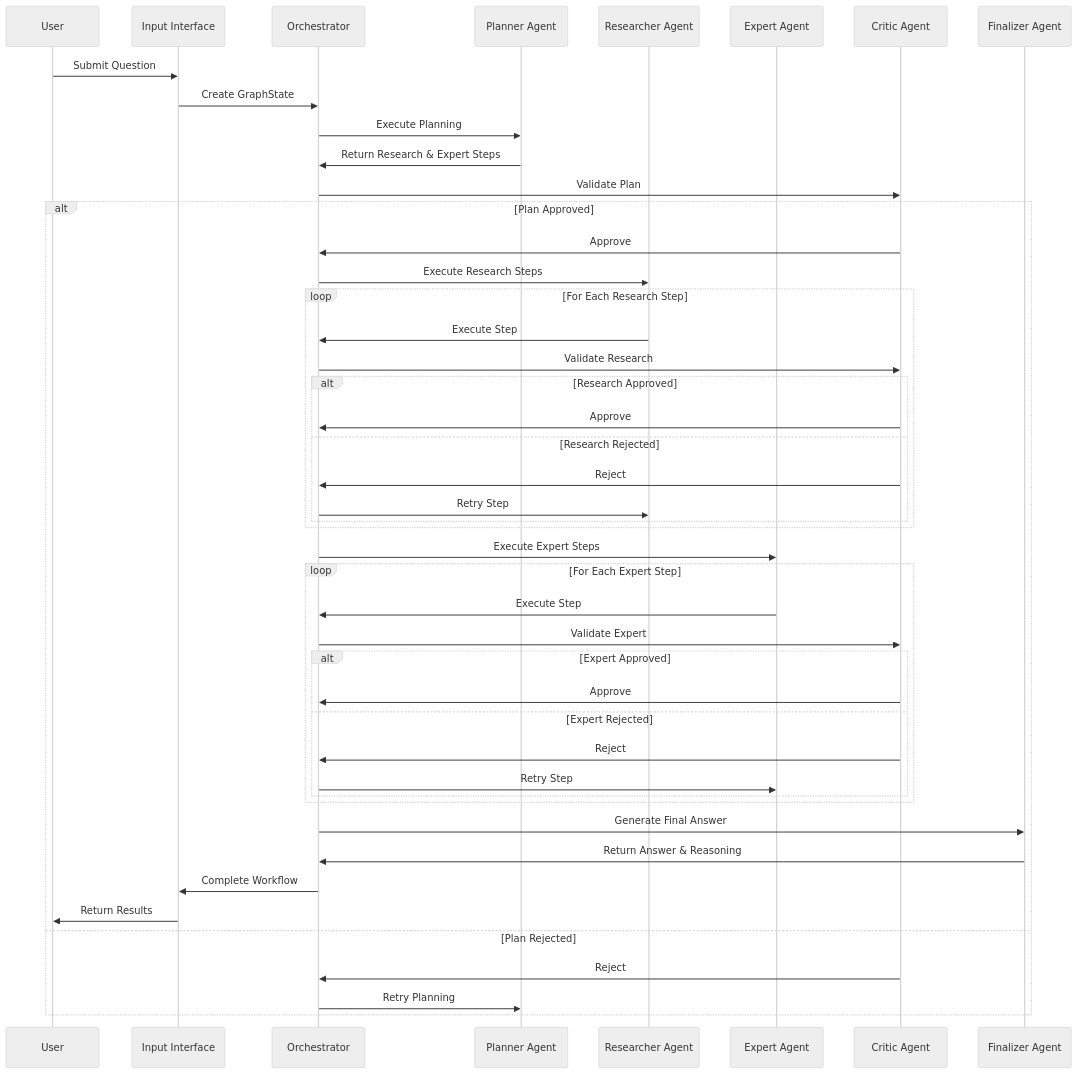
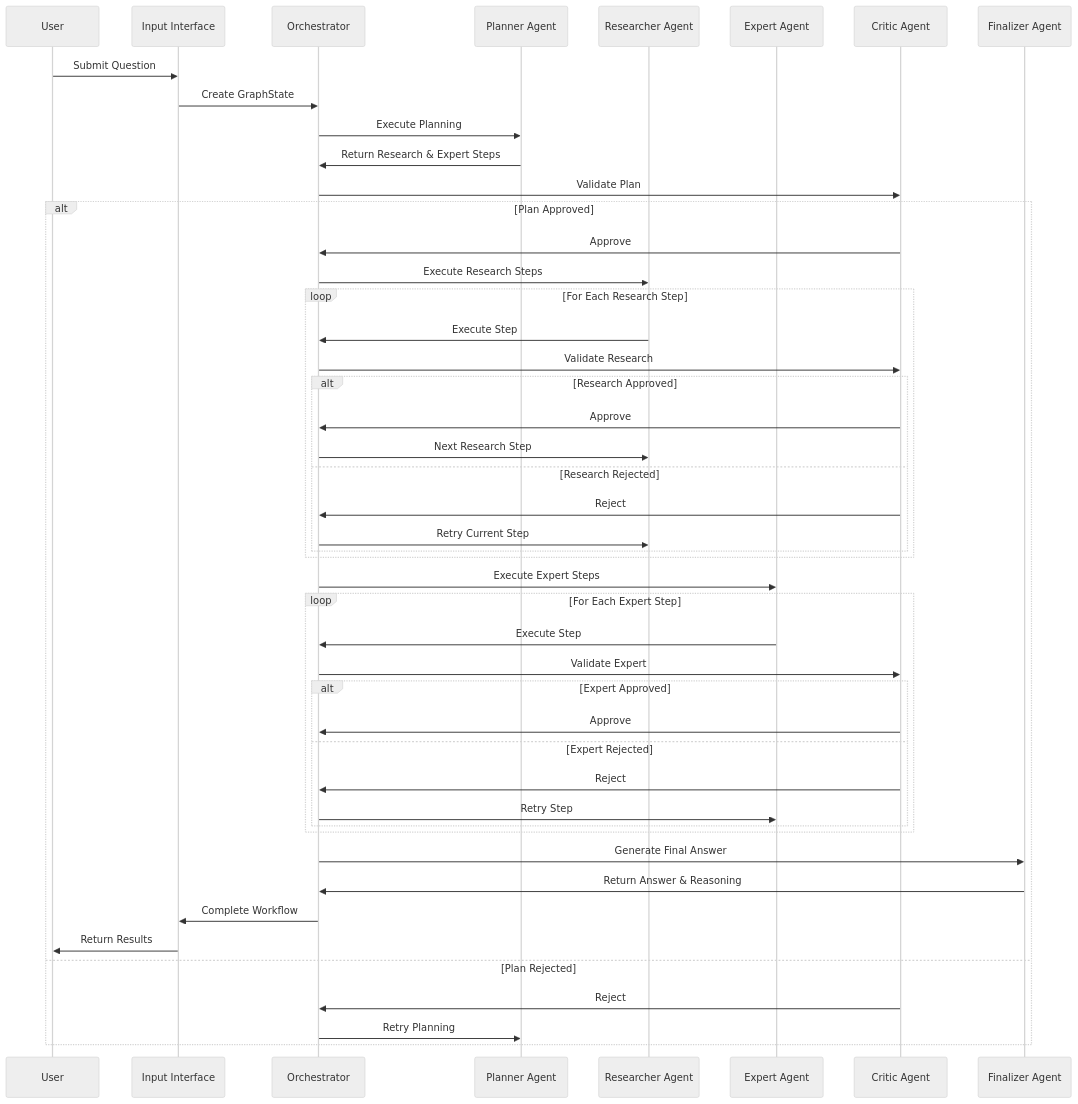
One commit to jdsham/hf-ai-agents-course changed the third of 11 diagrams in docs/src2/ARCHITECTURE.md. Above: the diagram before and after it, drawn with Mermaid (neutral theme). The commit also changed other lines of this file, not shown here.

Commit message:
Small updates to the source code architecture document.

````diff
--- a/docs/src2/ARCHITECTURE.md
+++ b/docs/src2/ARCHITECTURE.md
@@ -698,49 +712,50 @@
 ```mermaid
 sequenceDiagram
     participant U as User
     participant I as Input Interface
     participant O as Orchestrator
     participant P as Planner Agent
     participant R as Researcher Agent
     participant E as Expert Agent
     participant C as Critic Agent
     participant F as Finalizer Agent
     
     U->>I: Submit Question
     I->>O: Create GraphState
     O->>P: Execute Planning
     P->>O: Return Research & Expert Steps
     O->>C: Validate Plan
     alt Plan Approved
         C->>O: Approve
         O->>R: Execute Research Steps
         loop For Each Research Step
             R->>O: Execute Step
             O->>C: Validate Research
             alt Research Approved
                 C->>O: Approve
+                O->>R: Next Research Step
             else Research Rejected
                 C->>O: Reject
-                O->>R: Retry Step
+                O->>R: Retry Current Step
             end
         end
         O->>E: Execute Expert Steps
         loop For Each Expert Step
             E->>O: Execute Step
             O->>C: Validate Expert
             alt Expert Approved
                 C->>O: Approve
             else Expert Rejected
                 C->>O: Reject
                 O->>E: Retry Step
             end
         end
         O->>F: Generate Final Answer
         F->>O: Return Answer & Reasoning
         O->>I: Complete Workflow
         I->>U: Return Results
     else Plan Rejected
         C->>O: Reject
         O->>P: Retry Planning
     end
 ```
````
